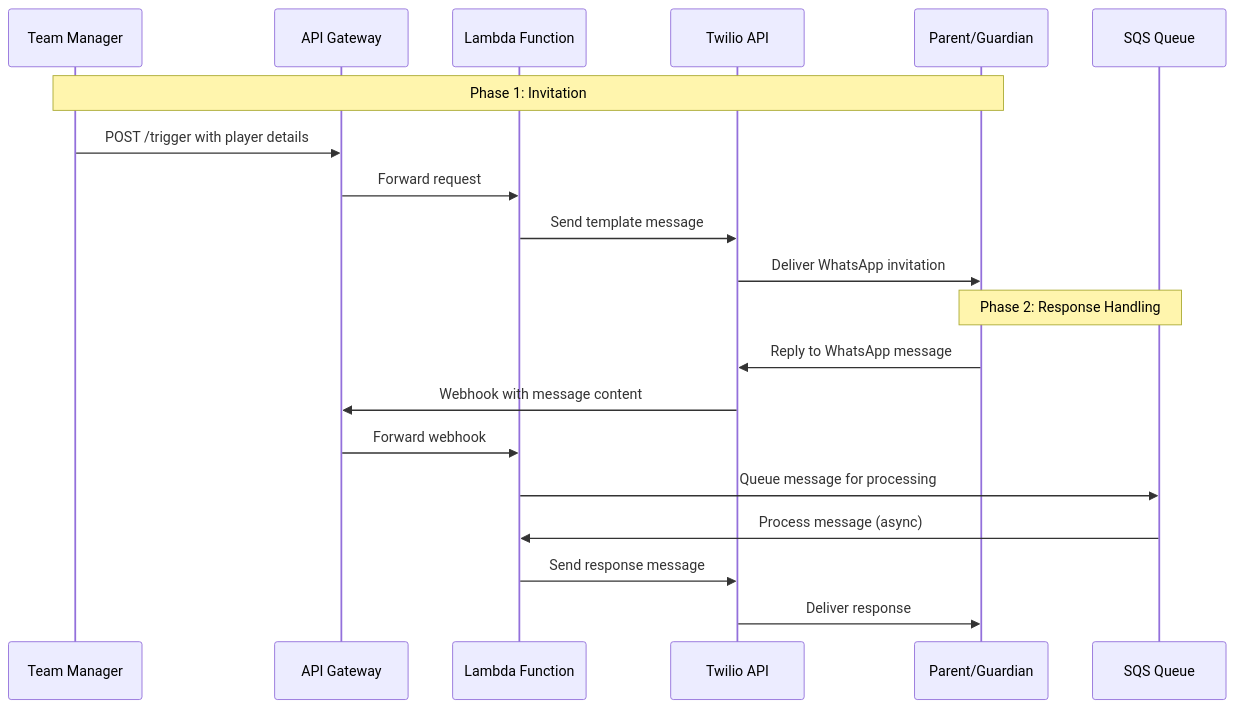
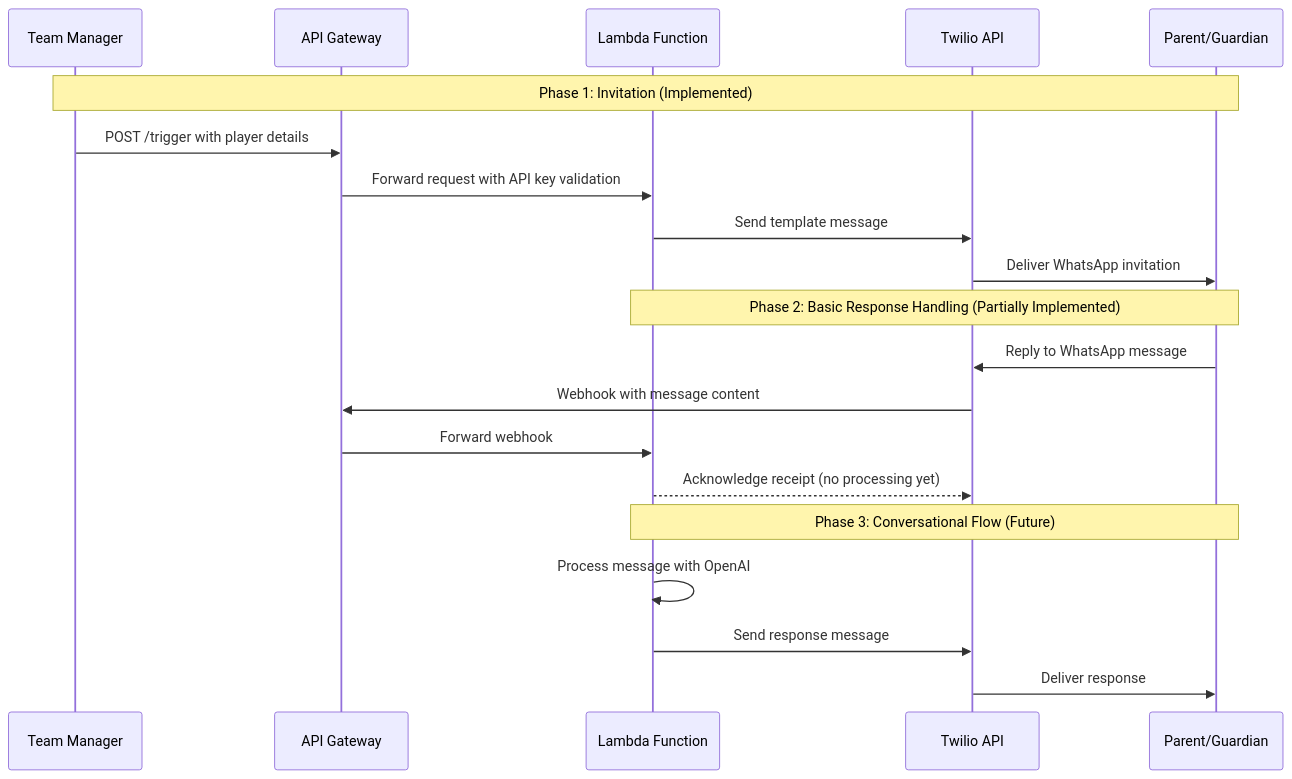
Before and after one commit to junksamiad/urmston-town-whatsapp-bot: the diagram in diagrams/registration_flow.md, drawn with Mermaid. The commit also changed other lines of this file and 2107 other files, not shown here.

````diff
--- a/diagrams/registration_flow.md
+++ b/diagrams/registration_flow.md
@@ -3,24 +3,25 @@
 ```mermaid
 sequenceDiagram
     participant TM as Team Manager
     participant API as API Gateway
     participant Lambda as Lambda Function
     participant Twilio as Twilio API
     participant Parent as Parent/Guardian
-    participant SQS as SQS Queue
     
-    Note over TM, Parent: Phase 1: Invitation
+    Note over TM, Parent: Phase 1: Invitation (Implemented)
     TM->>API: POST /trigger with player details
-    API->>Lambda: Forward request
+    API->>Lambda: Forward request with API key validation
     Lambda->>Twilio: Send template message
     Twilio->>Parent: Deliver WhatsApp invitation
     
-    Note over Parent, SQS: Phase 2: Response Handling
+    Note over Parent, Lambda: Phase 2: Basic Response Handling (Partially Implemented)
     Parent->>Twilio: Reply to WhatsApp message
     Twilio->>API: Webhook with message content
     API->>Lambda: Forward webhook
-    Lambda->>SQS: Queue message for processing
-    SQS->>Lambda: Process message (async)
+    Lambda-->>Twilio: Acknowledge receipt (no processing yet)
+    
+    Note over Parent, Lambda: Phase 3: Conversational Flow (Future)
+    Lambda->>Lambda: Process message with OpenAI
     Lambda->>Twilio: Send response message
     Twilio->>Parent: Deliver response
 ```
````
